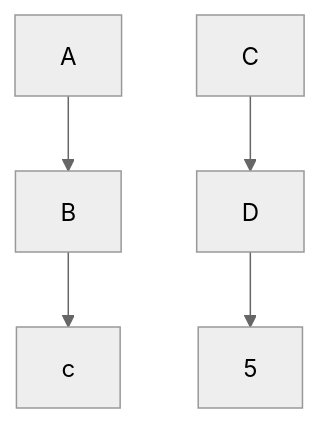
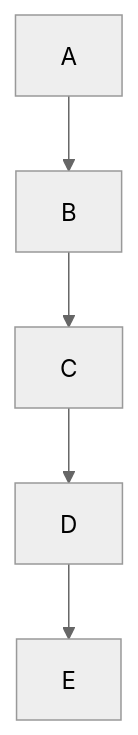
One commit to Ankitprajapati24/C-Task changed the diagram in README.md. Above: the diagram before and after it, drawn with Mermaid (neutral theme).

````diff
--- a/README.md
+++ b/README.md
@@ -18,7 +18,7 @@
 ```mermaid
 graph TD;
     A-->B;
-    B-->c;
+    B-->C;
     C-->D;
-    D-->5;
+    D-->E;
 ```
````
